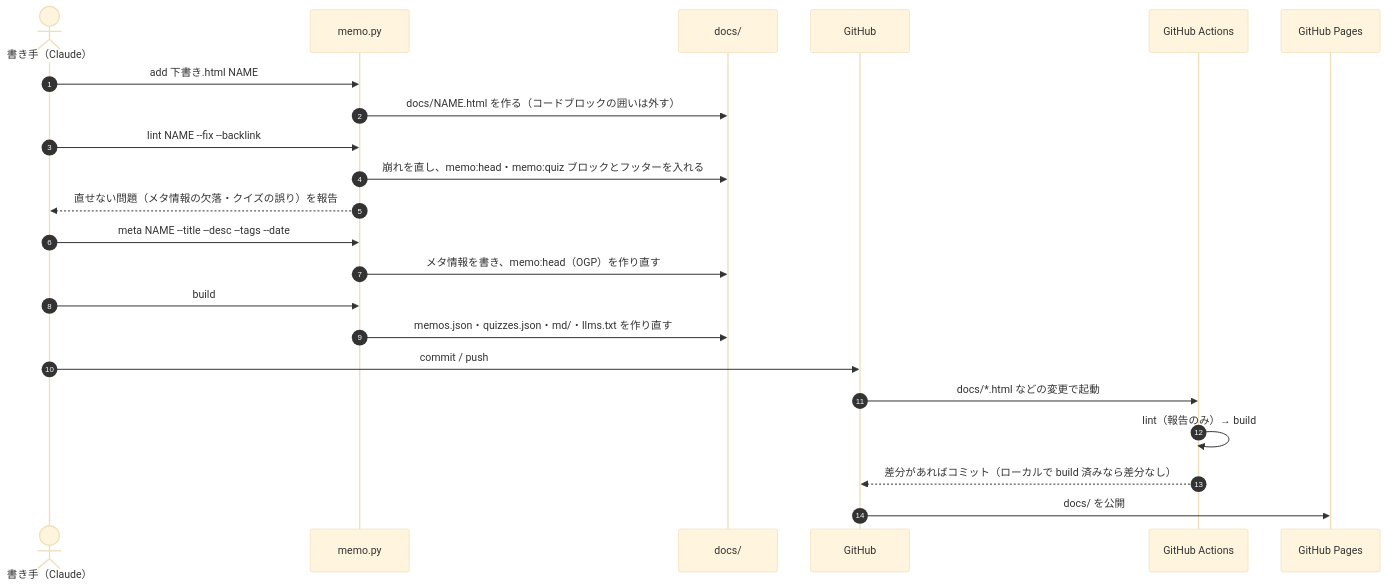
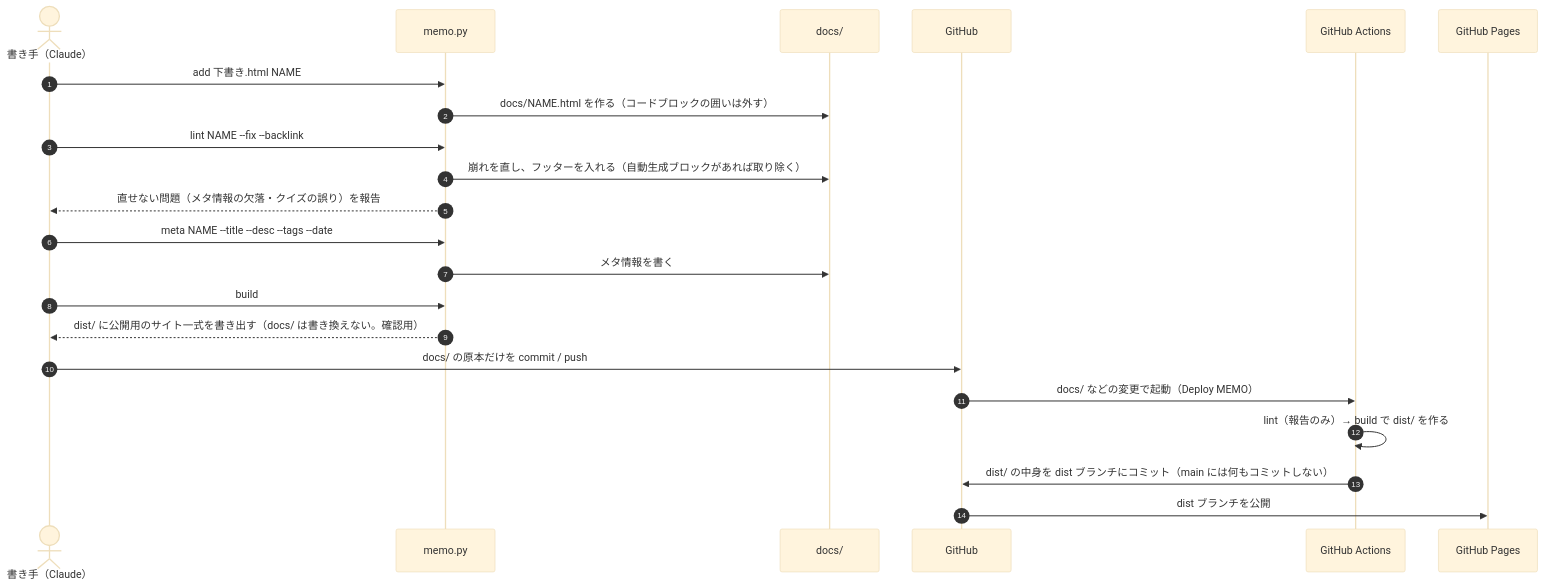
One commit to taka1156/memo changed the third of 10 diagrams in memo-detail.md. Above: the diagram before and after it, drawn with Mermaid (base theme). The commit also changed other lines of this file and 24 other files, not shown here.

First line of the commit message:
build を dist/ に出力し、dist ブランチにデプロイする

````diff
--- a/memo-detail.md
+++ b/memo-detail.md
@@ -177,25 +158,25 @@
 ```mermaid
 sequenceDiagram
   autonumber
   actor U as 書き手（Claude）
   participant P as memo.py
   participant D as docs/
   participant G as GitHub
   participant A as GitHub Actions
   participant S as GitHub Pages
 
   U->>P: add 下書き.html NAME
   P->>D: docs/NAME.html を作る（コードブロックの囲いは外す）
   U->>P: lint NAME --fix --backlink
-  P->>D: 崩れを直し、memo:head・memo:quiz ブロックとフッターを入れる
+  P->>D: 崩れを直し、フッターを入れる（自動生成ブロックがあれば取り除く）
   P-->>U: 直せない問題（メタ情報の欠落・クイズの誤り）を報告
   U->>P: meta NAME --title --desc --tags --date
-  P->>D: メタ情報を書き、memo:head（OGP）を作り直す
+  P->>D: メタ情報を書く
   U->>P: build
-  P->>D: memos.json・quizzes.json・md/・llms.txt を作り直す
-  U->>G: commit / push
-  G->>A: docs/*.html などの変更で起動
-  A->>A: lint（報告のみ）→ build
-  A-->>G: 差分があればコミット（ローカルで build 済みなら差分なし）
-  G->>S: docs/ を公開
+  P-->>U: dist/ に公開用のサイト一式を書き出す（docs/ は書き換えない。確認用）
+  U->>G: docs/ の原本だけを commit / push
+  G->>A: docs/ などの変更で起動（Deploy MEMO）
+  A->>A: lint（報告のみ）→ build で dist/ を作る
+  A->>G: dist/ の中身を dist ブランチにコミット（main には何もコミットしない）
+  G->>S: dist ブランチを公開
 ```
````
